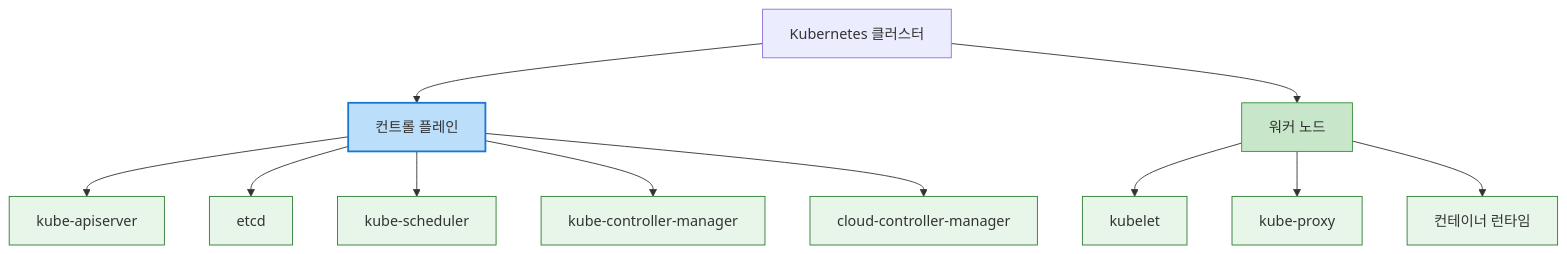
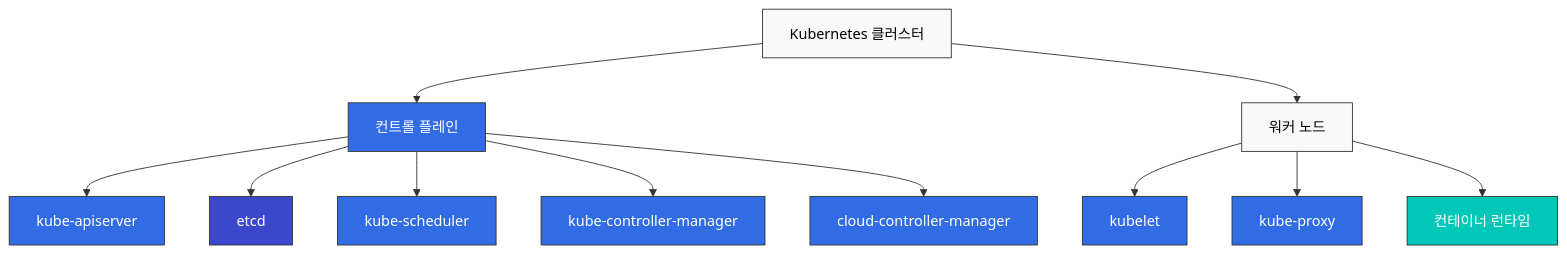
One commit to Atom-oh/kubernetes-docs changed the first of 12 diagrams in core/01-cluster-architecture.md. Above: the diagram before and after it, drawn with Mermaid.

Commit message:
Update Kubernetes cluster architecture diagram with standardized style

````diff
--- a/core/01-cluster-architecture.md
+++ b/core/01-cluster-architecture.md
@@ -5,24 +5,29 @@
 ```mermaid
 graph TD
-    classDef controlplane fill:#bbdefb,stroke:#1976d2,stroke-width:2px;
-    classDef workernodes fill:#c8e6c9,stroke:#388e3c,stroke-width:1px;
-    classDef components fill:#e8f5e9,stroke:#2e7d32,stroke-width:1px;
-    classDef storage fill:#e0f7fa,stroke:#0097a7,stroke-width:1px;
-    
     A[Kubernetes 클러스터] --> B[컨트롤 플레인]
     A --> C[워커 노드]
     
     B --> D[kube-apiserver]
     B --> E[etcd]
     B --> F[kube-scheduler]
     B --> G[kube-controller-manager]
     B --> H[cloud-controller-manager]
     
     C --> I[kubelet]
     C --> J[kube-proxy]
     C --> K[컨테이너 런타임]
     
-    class B controlplane;
-    class C workernodes;
-    class D,E,F,G,H,I,J,K components;
+    %% 스타일 정의
+    classDef awsService fill:#FF9900,stroke:#333,stroke-width:1px,color:black;
+    classDef k8sComponent fill:#326CE5,stroke:#333,stroke-width:1px,color:white;
+    classDef userApp fill:#00C7B7,stroke:#333,stroke-width:1px,color:white;
+    classDef dataStore fill:#3B48CC,stroke:#333,stroke-width:1px,color:white;
+    classDef default fill:#f9f9f9,stroke:#333,stroke-width:1px,color:black;
+    
+    %% 클래스 적용
+    class A default;
+    class B,D,F,G,H,I,J k8sComponent;
+    class E dataStore;
+    class K userApp;
+    class C default;
 ```
````
